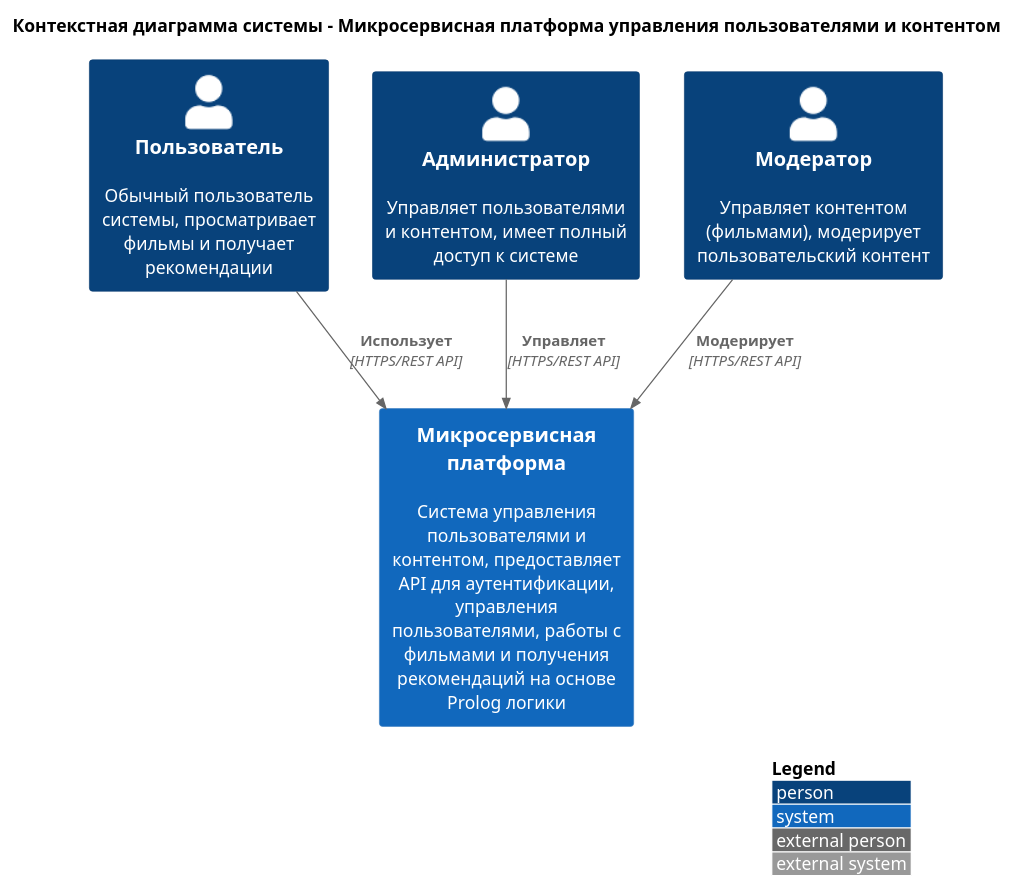
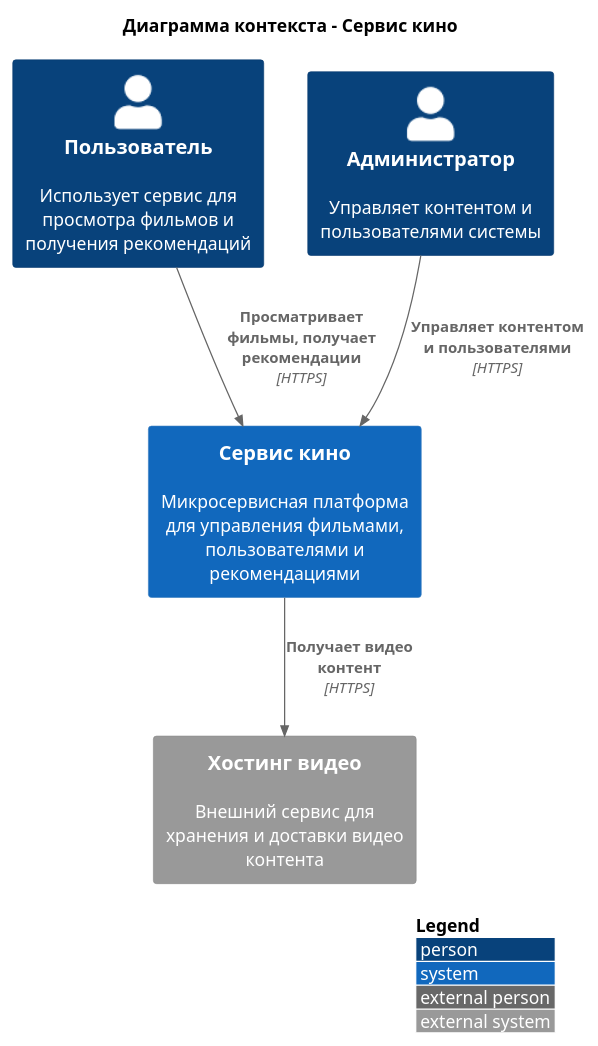
One commit to niksahn/ServerLaba changed the diagram in diagrs/c4-context.puml. Above: the diagram before and after it, drawn with PlantUML. The commit also changed 9 other files, not shown here.

```diff
--- a/diagrs/c4-context.puml
+++ b/diagrs/c4-context.puml
@@ -1,18 +1,19 @@
-@startuml C4_Context
+@startuml C4 Context Diagram
 !include https://raw.githubusercontent.com/plantuml-stdlib/C4-PlantUML/master/C4_Context.puml
 
 LAYOUT_WITH_LEGEND()
 
-title Контекстная диаграмма системы - Микросервисная платформа управления пользователями и контентом
+title Диаграмма контекста - Сервис кино
 
-Person(user, "Пользователь", "Обычный пользователь системы, просматривает фильмы и получает рекомендации")
-Person(admin, "Администратор", "Управляет пользователями и контентом, имеет полный доступ к системе")
-Person(moderator, "Модератор", "Управляет контентом (фильмами), модерирует пользовательский контент")
+Person(user, "Пользователь", "Использует сервис для просмотра фильмов и получения рекомендаций")
+Person(admin, "Администратор", "Управляет контентом и пользователями системы")
 
-System(system, "Микросервисная платформа", "Система управления пользователями и контентом, предоставляет API для аутентификации, управления пользователями, работы с фильмами и получения рекомендаций на основе Prolog логики")
+System(cinema_service, "Сервис кино", "Микросервисная платформа для управления фильмами, пользователями и рекомендациями")
 
-Rel(user, system, "Использует", "HTTPS/REST API")
-Rel(admin, system, "Управляет", "HTTPS/REST API")
-Rel(moderator, system, "Модерирует", "HTTPS/REST API")
+System_Ext(video_hosting, "Хостинг видео", "Внешний сервис для хранения и доставки видео контента")
+
+Rel(user, cinema_service, "Просматривает фильмы, получает рекомендации", "HTTPS")
+Rel(admin, cinema_service, "Управляет контентом и пользователями", "HTTPS")
+Rel(cinema_service, video_hosting, "Получает видео контент", "HTTPS")
 
 @enduml
```
